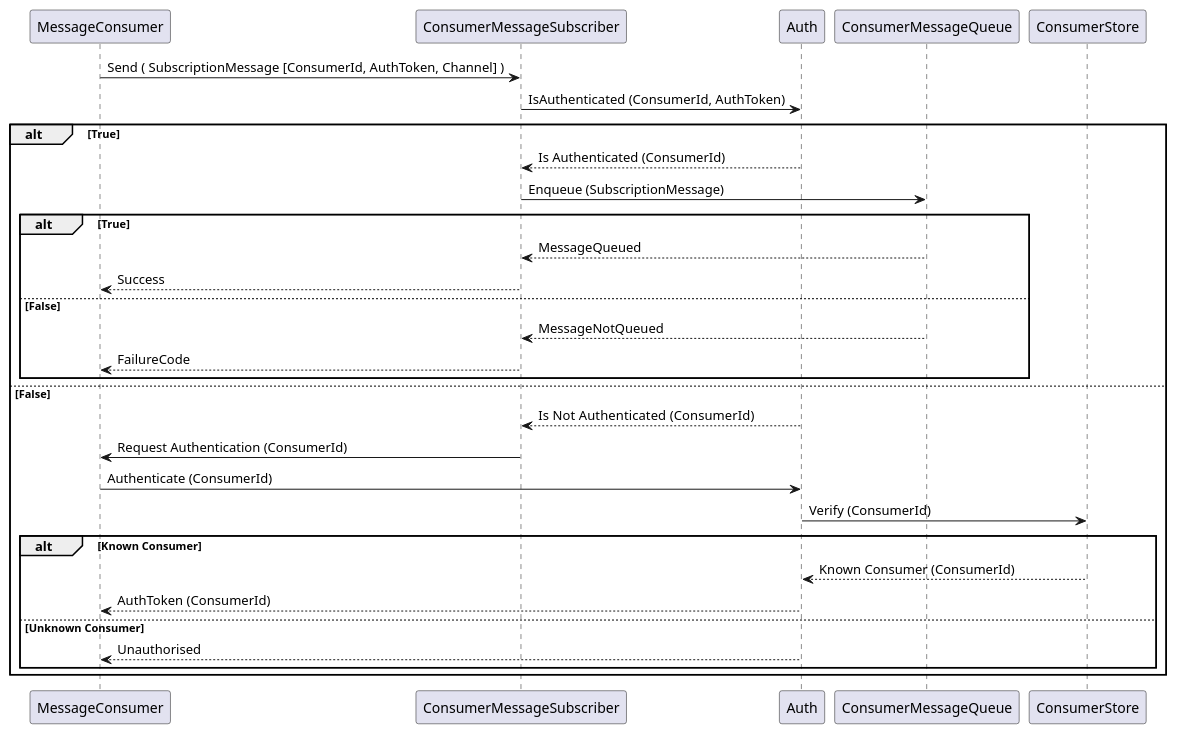
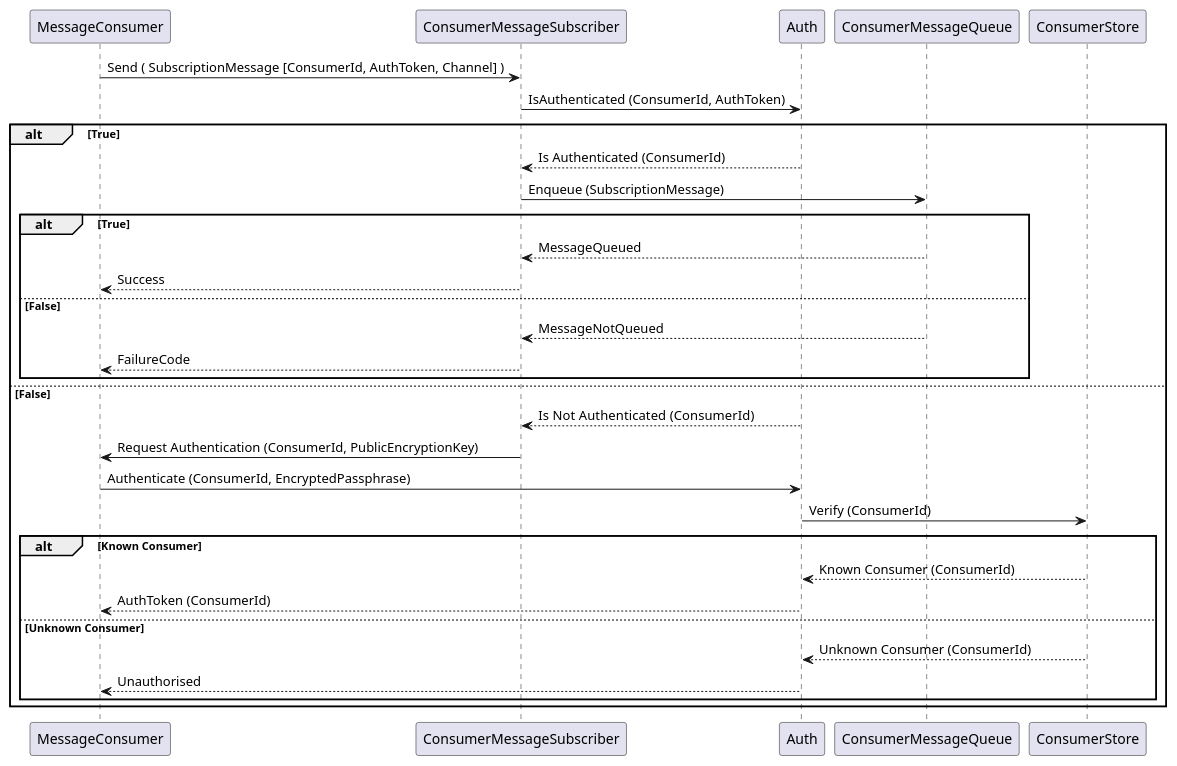
One commit to marchuanv/pulsyflux changed the diagram in docs/diagrams/src/consumer-subscription-send.wsd. Above: the diagram before and after it, drawn with PlantUML. The commit also changed 1 other file, not shown here.

```diff
--- a/docs/diagrams/src/consumer-subscription-send.wsd
+++ b/docs/diagrams/src/consumer-subscription-send.wsd
@@ -1,28 +1,29 @@
 @startuml architecture_overview
 
 MessageConsumer -> ConsumerMessageSubscriber: Send ( SubscriptionMessage [ConsumerId, AuthToken, Channel] )
 ConsumerMessageSubscriber -> Auth: IsAuthenticated (ConsumerId, AuthToken)
 alt True
     Auth --> ConsumerMessageSubscriber: Is Authenticated (ConsumerId)
     ConsumerMessageSubscriber -> ConsumerMessageQueue: Enqueue (SubscriptionMessage)
     alt True
         ConsumerMessageQueue --> ConsumerMessageSubscriber: MessageQueued
         ConsumerMessageSubscriber --> MessageConsumer: Success
     else False
         ConsumerMessageQueue --> ConsumerMessageSubscriber: MessageNotQueued
         ConsumerMessageSubscriber --> MessageConsumer: FailureCode
     end
 else False
     Auth --> ConsumerMessageSubscriber: Is Not Authenticated  (ConsumerId)
-    ConsumerMessageSubscriber -> MessageConsumer: Request Authentication (ConsumerId)
-    MessageConsumer -> Auth: Authenticate (ConsumerId)
+    ConsumerMessageSubscriber -> MessageConsumer: Request Authentication (ConsumerId, PublicEncryptionKey)
+    MessageConsumer -> Auth: Authenticate (ConsumerId, EncryptedPassphrase)
     Auth -> ConsumerStore: Verify (ConsumerId)
     alt Known Consumer
         ConsumerStore --> Auth: Known Consumer (ConsumerId)
         Auth --> MessageConsumer: AuthToken (ConsumerId)
     else Unknown Consumer
+        ConsumerStore --> Auth: Unknown Consumer (ConsumerId)
         Auth --> MessageConsumer: Unauthorised
     end
 end
 
 @enduml
```
